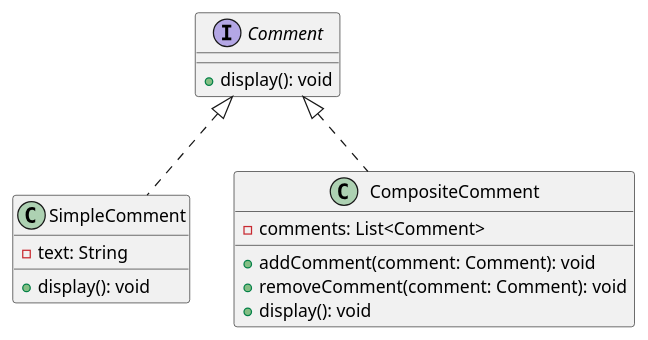
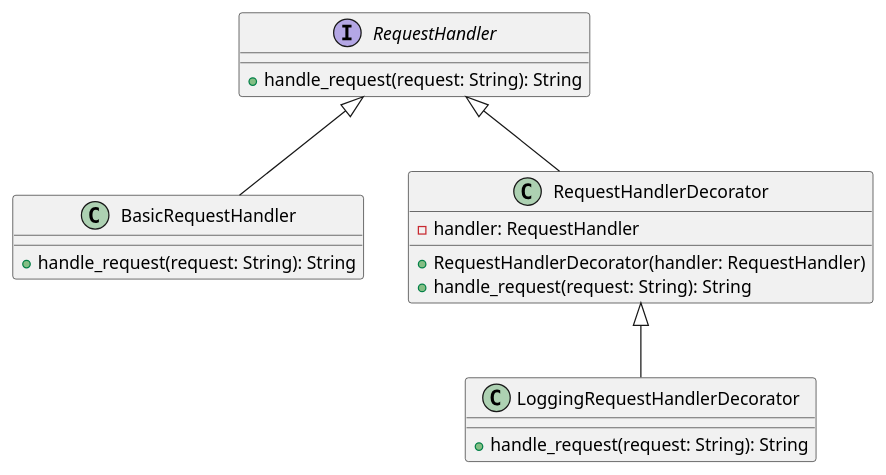
One commit to andrewovchinnikov/design-patterns changed the diagram in klassifikaciya-patternov/structural-patterns/dekorator-decorator/primery/logirovanie-zaprosov/python.md. Above: the diagram before and after it, drawn with PlantUML. The commit also changed other lines of this file and 1 other file, not shown here.

````diff
--- a/klassifikaciya-patternov/structural-patterns/dekorator-decorator/primery/logirovanie-zaprosov/python.md
+++ b/klassifikaciya-patternov/structural-patterns/dekorator-decorator/primery/logirovanie-zaprosov/python.md
@@ -10,19 +94,25 @@
 ```plantuml
 @startuml
-interface Comment {
-    +display(): void
+interface RequestHandler {
+    +handle_request(request: String): String
 }
 
-class SimpleComment implements Comment {
-    -text: String
-    +display(): void
+class BasicRequestHandler {
+    +handle_request(request: String): String
 }
 
-class CompositeComment implements Comment {
-    -comments: List<Comment>
-    +addComment(comment: Comment): void
-    +removeComment(comment: Comment): void
-    +display(): void
+class RequestHandlerDecorator {
+    -handler: RequestHandler
+    +RequestHandlerDecorator(handler: RequestHandler)
+    +handle_request(request: String): String
 }
+
+class LoggingRequestHandlerDecorator {
+    +handle_request(request: String): String
+}
+
+RequestHandler <|-- BasicRequestHandler
+RequestHandler <|-- RequestHandlerDecorator
+RequestHandlerDecorator <|-- LoggingRequestHandlerDecorator
 @enduml
 ```
````
